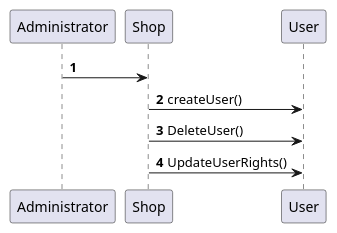
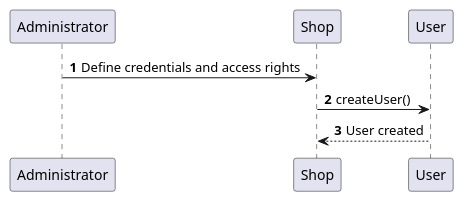
Before and after one commit to b3xul/ezshop: the sixth of 14 diagrams in Deliverables/DesignDocument.md, drawn with PlantUML. The commit also changed other lines of this file and 1 other file, not shown here.

Commit message:
updated sequences

````diff
--- a/Deliverables/DesignDocument.md
+++ b/Deliverables/DesignDocument.md
@@ -321,15 +322,14 @@
 ```plantuml
 @startuml
 
 participant Administrator
 participant Shop
 participant User
 
 autonumber 
-Administrator -> Shop
+Administrator -> Shop : Define credentials and access rights
 Shop -> User: createUser()
-Shop -> User: DeleteUser()
-Shop -> User: UpdateUserRights()
+User --> Shop: User created
 
 @enduml
 ```
````
